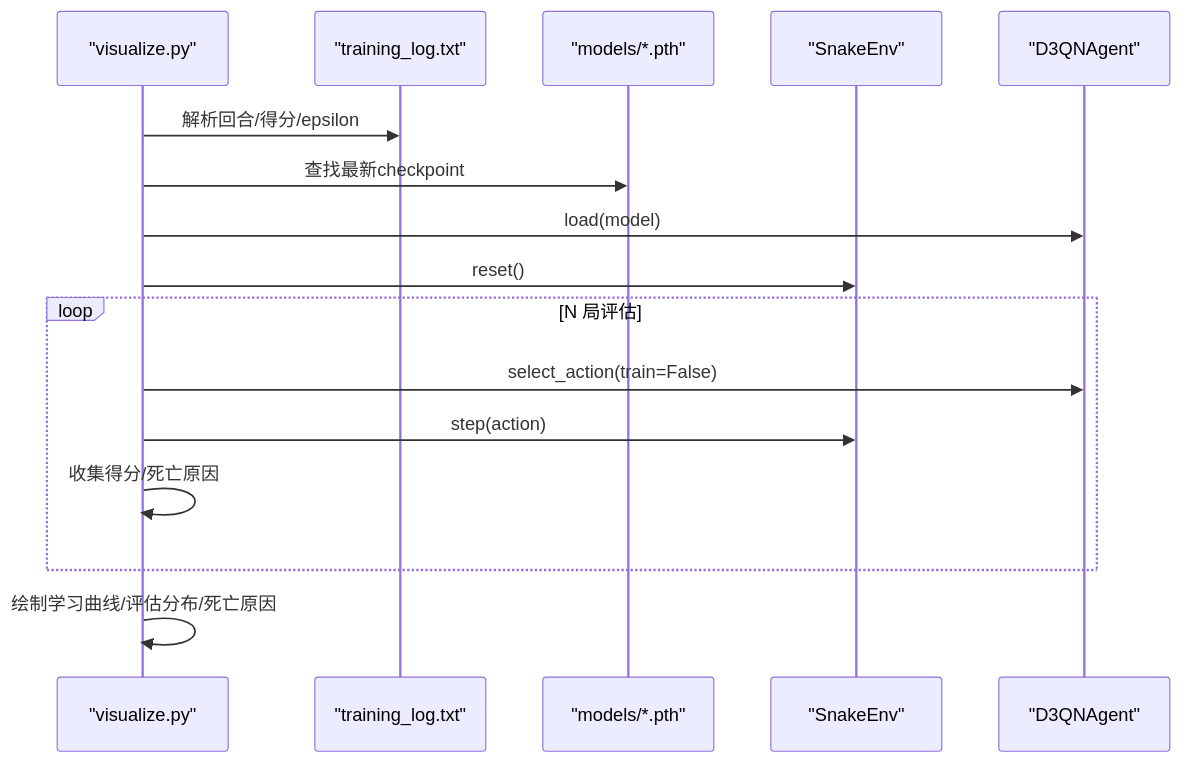
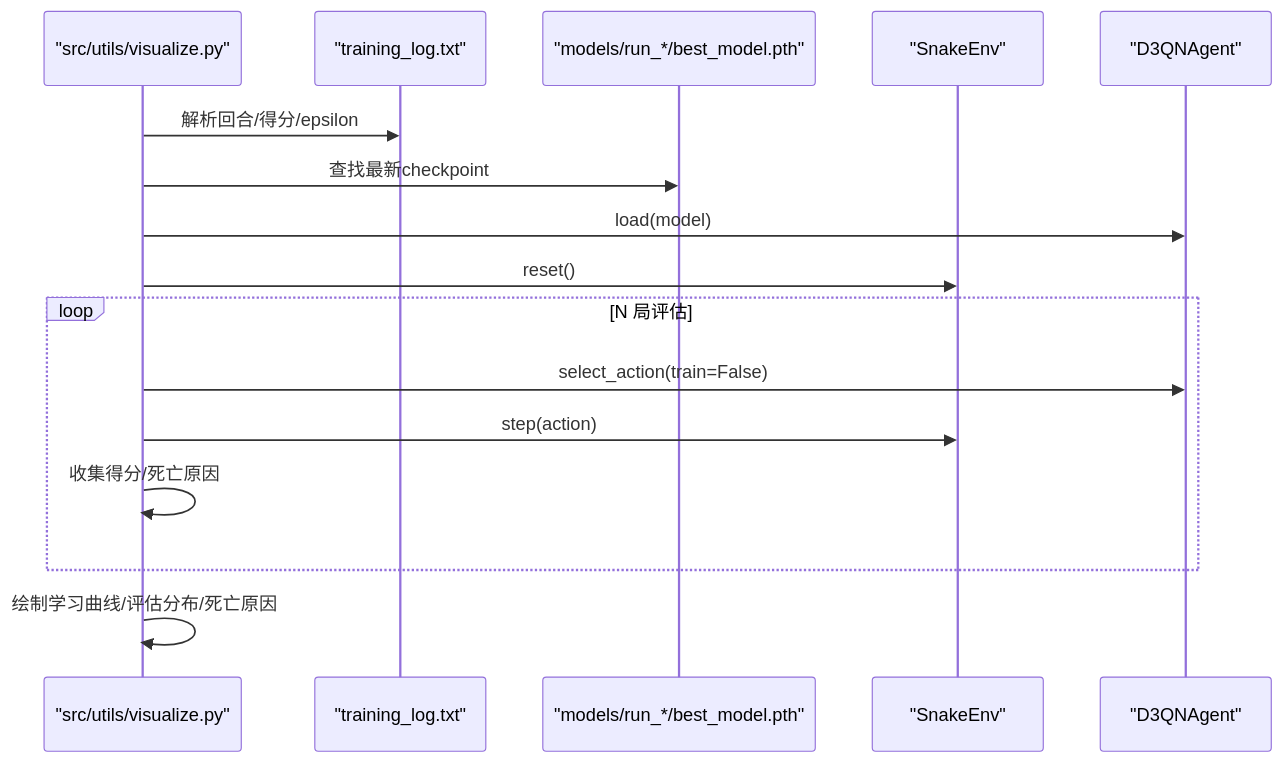
Before and after one commit to fuweiq94-cloud/3399180760000: the seventh of 8 diagrams in .qoder/repowiki/zh/content/演示和测试/可视化报告系统.md, drawn with Mermaid. The commit also changed other lines of this file and 75 other files, not shown here.

````diff
--- a/.qoder/repowiki/zh/content/演示和测试/可视化报告系统.md
+++ b/.qoder/repowiki/zh/content/演示和测试/可视化报告系统.md
@@ -273,18 +301,18 @@
 ```mermaid
 sequenceDiagram
-participant V as "visualize.py"
+participant V as "src/utils/visualize.py"
 participant L as "training_log.txt"
-participant M as "models/*.pth"
+participant M as "models/run_*/best_model.pth"
 participant E as "SnakeEnv"
 participant A as "D3QNAgent"
 V->>L : 解析回合/得分/epsilon
 V->>M : 查找最新checkpoint
 V->>A : load(model)
 V->>E : reset()
 loop N 局评估
 V->>A : select_action(train=False)
 V->>E : step(action)
 V->>V : 收集得分/死亡原因
 end
 V->>V : 绘制学习曲线/评估分布/死亡原因
 ```
````
